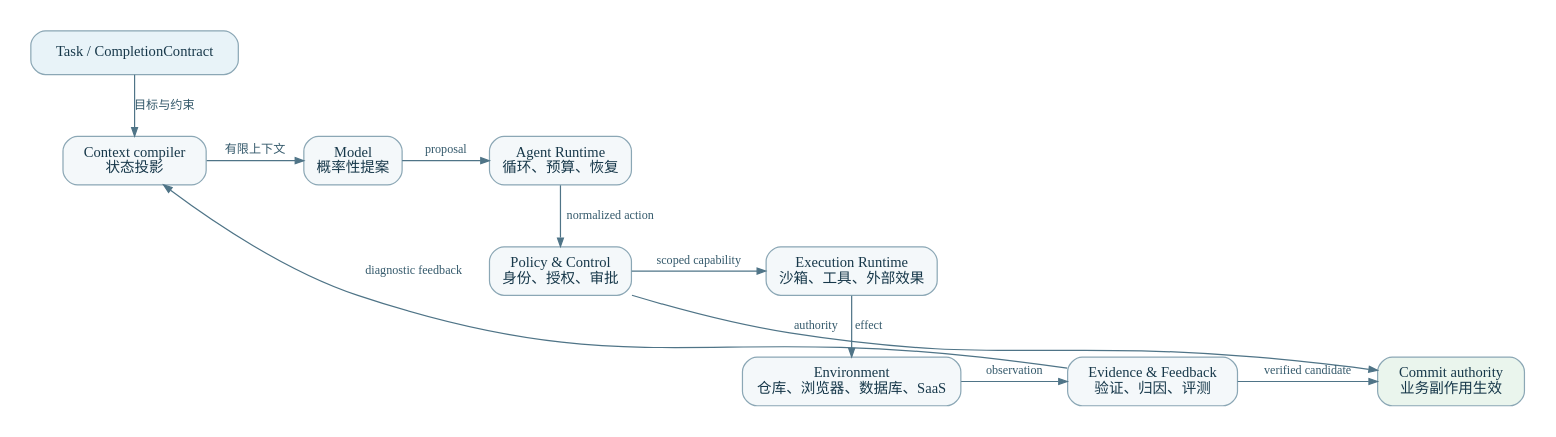
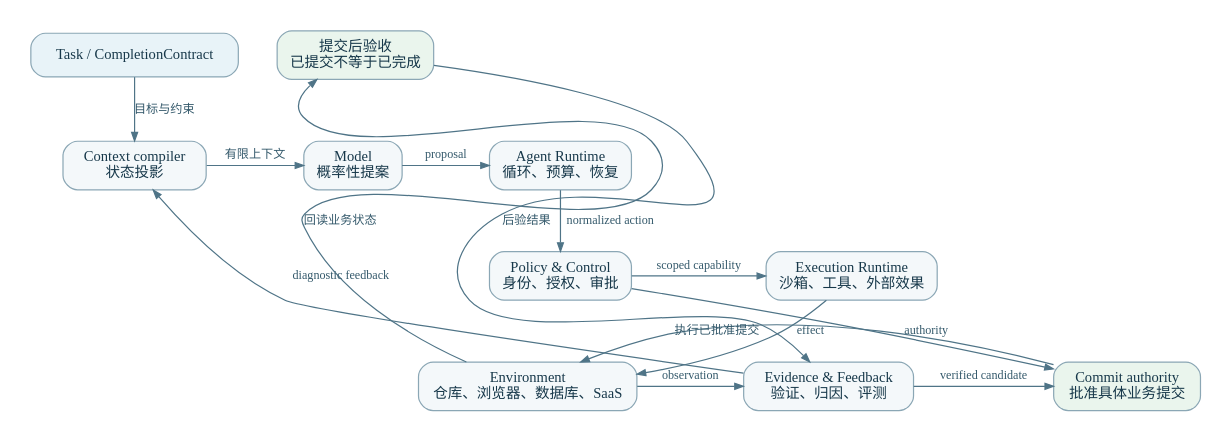
Before and after one commit to LENSHOOD/agent-harness-book: the diagram in manuscript/assets/diagrams/src/system-responsibility-boundary.dot, drawn with Graphviz. The commit also changed 2385 other files, not shown here.

```diff
--- a/manuscript/assets/diagrams/src/system-responsibility-boundary.dot
+++ b/manuscript/assets/diagrams/src/system-responsibility-boundary.dot
@@ -1,30 +1,34 @@
 digraph G {
   graph [rankdir=TB, bgcolor="white", pad=0.25, nodesep=0.45, ranksep=0.55, fontname="PingFang SC"];
   node [shape=box, style="rounded,filled", fontname="PingFang SC", fontsize=12, color="#8BA7B5", fillcolor="#F4F8FA", fontcolor="#17384A", margin="0.14,0.10"];
   edge [fontname="PingFang SC", fontsize=10, color="#4F7487", fontcolor="#34596B", arrowsize=0.7];
 
   goal [label="Task / CompletionContract", fillcolor="#E8F3F8"];
   model [label="Model\n概率性提案"];
   context [label="Context compiler\n状态投影"];
   runtime [label="Agent Runtime\n循环、预算、恢复"];
   policy [label="Policy & Control\n身份、授权、审批"];
   execution [label="Execution Runtime\n沙箱、工具、外部效果"];
   environment [label="Environment\n仓库、浏览器、数据库、SaaS"];
   evidence [label="Evidence & Feedback\n验证、归因、评测"];
-  commit [label="Commit authority\n业务副作用生效", fillcolor="#EAF5ED"];
+  commit [label="Commit authority\n批准具体业务提交", fillcolor="#EAF5ED"];
+  post [label="提交后验收\n已提交不等于已完成", fillcolor="#EAF5ED"];
 
   { rank=same; context; model; runtime; }
   { rank=same; policy; execution; }
   { rank=same; environment; evidence; commit; }
 
   goal -> context [label="目标与约束"];
   context -> model [label="有限上下文"];
   model -> runtime [label="proposal"];
   runtime -> policy [label="normalized action"];
   policy -> execution [label="scoped capability"];
   execution -> environment [label="effect"];
   environment -> evidence [label="observation"];
   evidence -> context [label="diagnostic feedback", constraint=false];
   evidence -> commit [label="verified candidate"];
   policy -> commit [label="authority", constraint=false];
+  commit -> environment [label="执行已批准提交", constraint=false];
+  environment -> post [label="回读业务状态", constraint=false];
+  post -> evidence [label="后验结果", constraint=false];
 }
```
